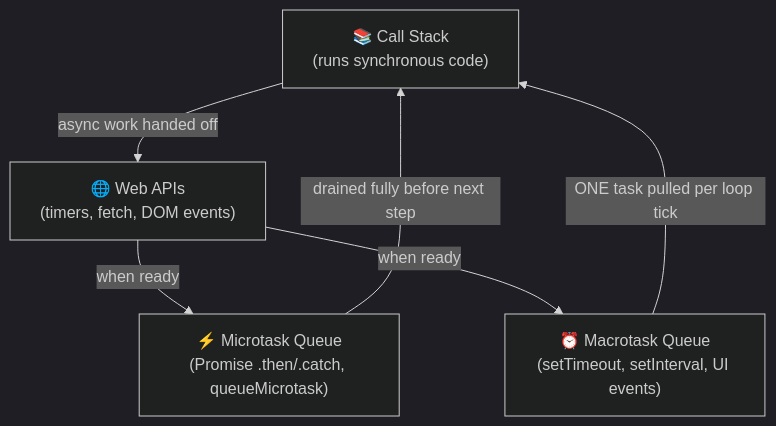
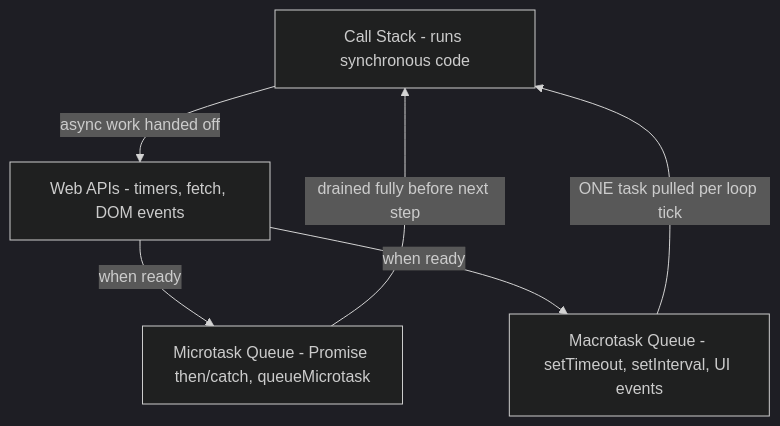
One commit to DipanPramanik098/Thunder-100-Days-Of-Code changed diagram 16 of 19 in _01_JavaScript/JavaScript.md. Above: the diagram before and after it, drawn with Mermaid (dark theme). The commit also changed other lines of this file, not shown here.

````diff
--- a/_01_JavaScript/JavaScript.md
+++ b/_01_JavaScript/JavaScript.md
@@ -743,13 +743,13 @@
 ```mermaid
 flowchart TD
-    CS["📚 Call Stack\n(runs synchronous code)"]
-    WA["🌐 Web APIs\n(timers, fetch, DOM events)"]
-    MiQ["⚡ Microtask Queue\n(Promise .then/.catch, queueMicrotask)"]
-    MaQ["⏰ Macrotask Queue\n(setTimeout, setInterval, UI events)"]
+    CS["Call Stack - runs synchronous code"]
+    WA["Web APIs - timers, fetch, DOM events"]
+    MiQ["Microtask Queue - Promise then/catch, queueMicrotask"]
+    MaQ["Macrotask Queue - setTimeout, setInterval, UI events"]
 
     CS -->|"async work handed off"| WA
     WA -->|"when ready"| MiQ
     WA -->|"when ready"| MaQ
     MiQ -->|"drained fully before next step"| CS
     MaQ -->|"ONE task pulled per loop tick"| CS
 ```
````
